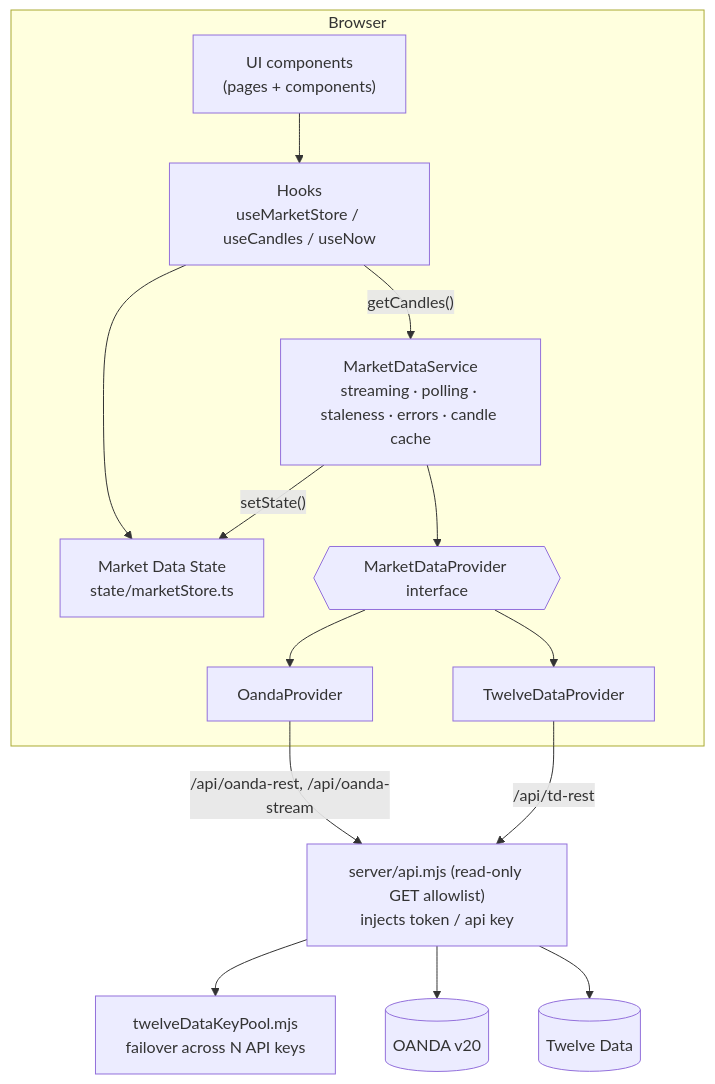
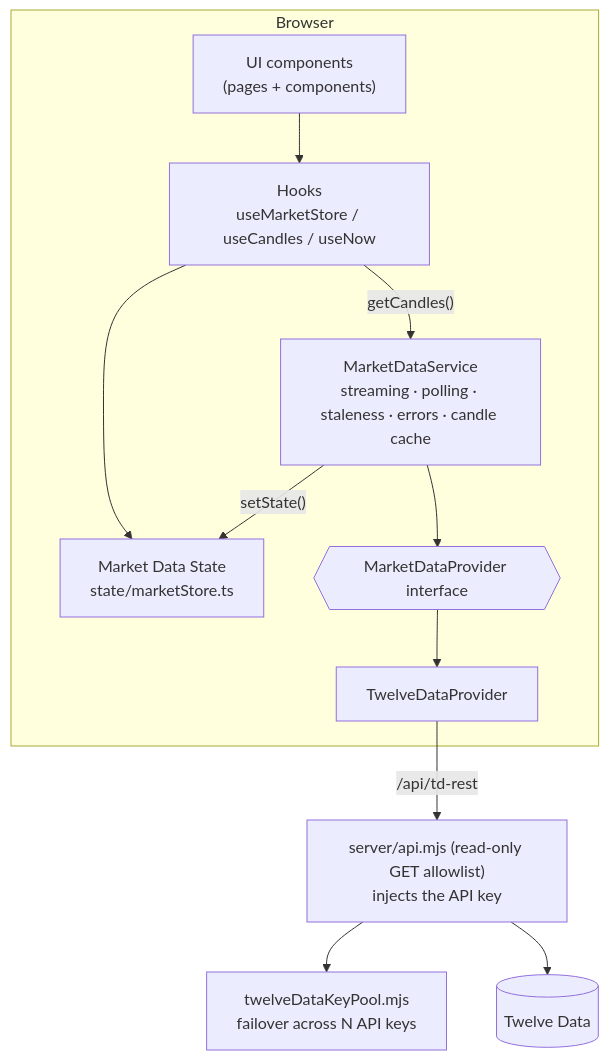
Before and after one commit to davide963-ux/ichialgo-ve-rea: the first of 10 diagrams in README.md, drawn with Mermaid. The commit also changed other lines of this file and 25 other files, not shown here.

First line of the commit message:
Remove OANDA and Yahoo: Twelve Data only (#10)

````diff
--- a/README.md
+++ b/README.md
@@ -166,26 +93,23 @@
 ```mermaid
 flowchart TD
     subgraph Browser
       UI["UI components<br/>(pages + components)"]
       Hooks["Hooks<br/>useMarketStore / useCandles / useNow"]
       Store["Market Data State<br/>state/marketStore.ts"]
       Svc["MarketDataService<br/>streaming · polling · staleness · errors · candle cache"]
       IF{{"MarketDataProvider interface"}}
-      OA["OandaProvider"]
       TD["TwelveDataProvider"]
     end
-    Proxy["server/api.mjs (read-only GET allowlist)<br/>injects token / api key"]
+    Proxy["server/api.mjs (read-only GET allowlist)<br/>injects the API key"]
     Pool["twelveDataKeyPool.mjs<br/>failover across N API keys"]
-    OANDA[("OANDA v20")]
     TDAPI[("Twelve Data")]
 
     UI --> Hooks --> Store
     Svc -- "setState()" --> Store
     Hooks -- "getCandles()" --> Svc
     Svc --> IF
-    IF --> OA & TD
-    OA -- "/api/oanda-rest, /api/oanda-stream" --> Proxy
+    IF --> TD
     TD -- "/api/td-rest" --> Proxy
     Proxy --> Pool
-    Proxy --> OANDA & TDAPI
+    Proxy --> TDAPI
 ```
````
